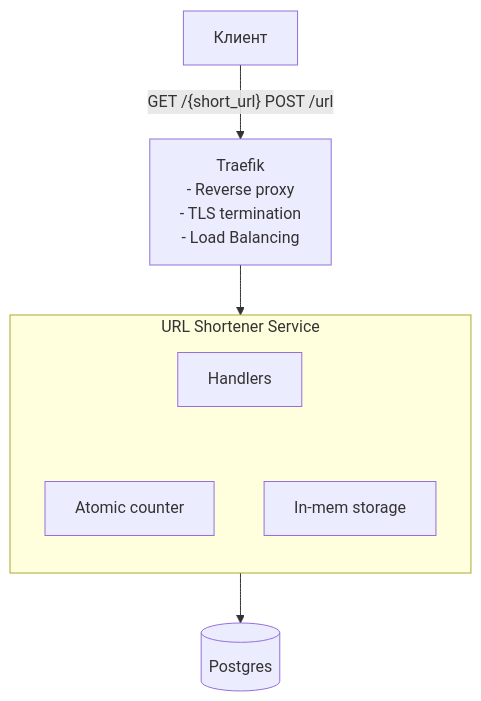
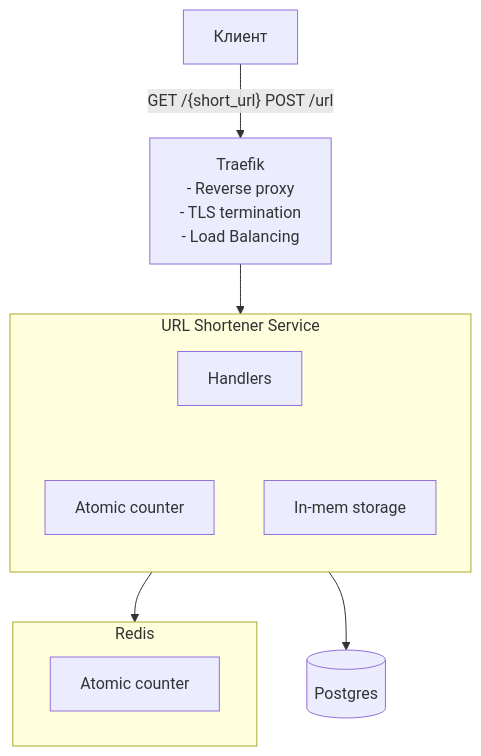
Before and after one commit to pythonistD/url-shortener: the diagram in README.md, drawn with Mermaid. The commit also changed other lines of this file, not shown here.

Commit message:
arch schema update + text fix

````diff
--- a/README.md
+++ b/README.md
@@ -26,20 +26,25 @@
 ```mermaid
 flowchart TD
     Client["Клиент"]
 
     Client -->|"GET /{short_url}        POST /url"| Traefik["Traefik\n- Reverse proxy\n- TLS termination\n- Load Balancing"]
 
     Traefik --> Service
 
     subgraph Service["URL Shortener Service"]
         direction TB
         Handlers["Handlers"]
         Counter["Atomic counter"]
         InMemory["In-mem storage"]
 
         Handlers ~~~ Counter
         Handlers ~~~ InMemory
     end
 
+    subgraph Redis["Redis"]
+        RedisCounter["Atomic counter"]
+    end
+
+    Service --> Redis
     Service --> Postgres[("Postgres")]
 ```
````
